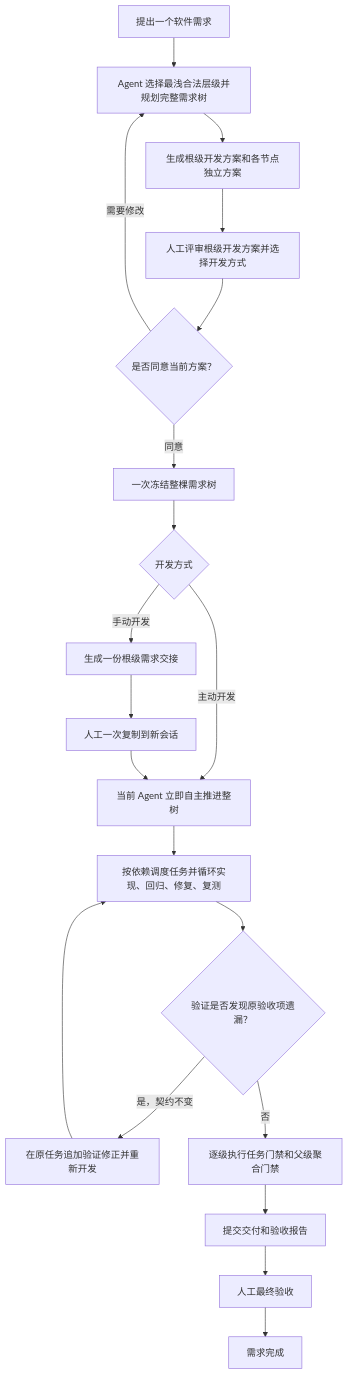
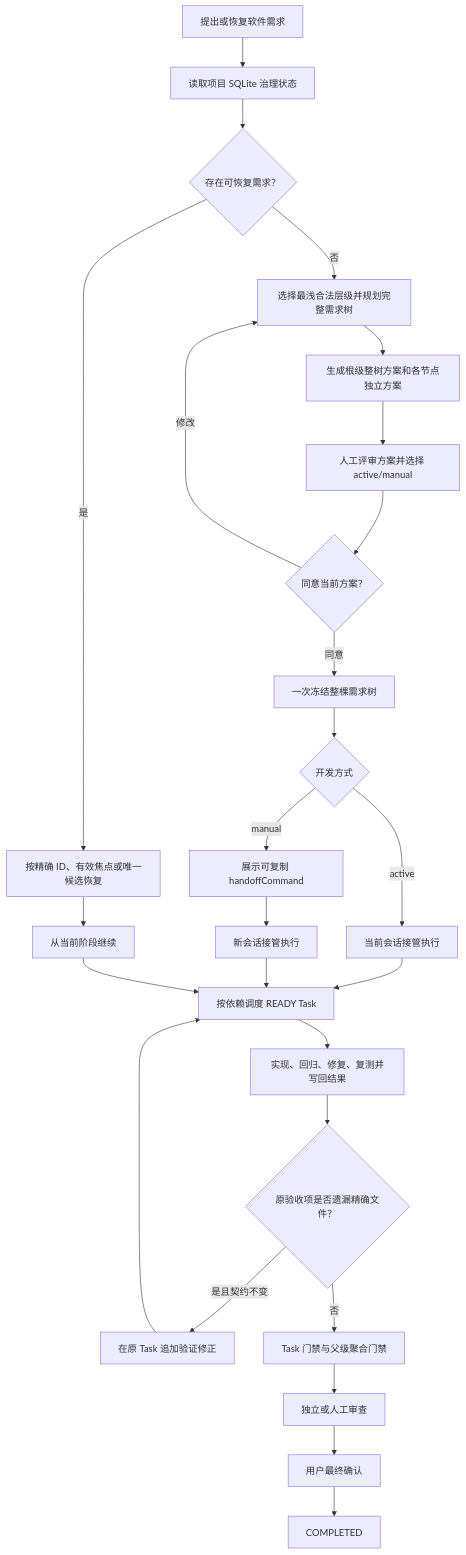
Before and after one commit to feng123321li/gated-ai-dev-loop: the diagram in README.md, drawn with Mermaid. The commit also changed other lines of this file and 10 other files, not shown here.

Commit message:
feat: add copyable manual handoff command

````diff
--- a/README.md
+++ b/README.md
@@ -19,22 +39,28 @@
 ```mermaid
 flowchart TD
-    A["提出一个软件需求"] --> B["Agent 选择最浅合法层级并规划完整需求树"]
-    B --> C["生成根级开发方案和各节点独立方案"]
-    C --> D["人工评审根级开发方案并选择开发方式"]
-    D --> E{"是否同意当前方案？"}
-    E -->|"需要修改"| B
-    E -->|"同意"| F["一次冻结整棵需求树"]
-    F --> G{"开发方式"}
-    G -->|"主动开发"| H["当前 Agent 立即自主推进整树"]
-    G -->|"手动开发"| I["生成一份根级需求交接"]
-    I --> J["人工一次复制到新会话"]
-    J --> H
-    H --> K["按依赖调度任务并循环实现、回归、修复、复测"]
-    K --> V{"验证是否发现原验收项遗漏？"}
-    V -->|"是，契约不变"| R["在原任务追加验证修正并重新开发"]
-    R --> K
-    V -->|"否"| L["逐级执行任务门禁和父级聚合门禁"]
-    L --> M["提交交付和验收报告"]
-    M --> N["人工最终验收"]
-    N --> O["需求完成"]
+    A["提出或恢复软件需求"] --> B["读取项目 SQLite 治理状态"]
+    B --> C{"存在可恢复需求？"}
+    C -->|"是"| R["按精确 ID、有效焦点或唯一候选恢复"]
+    C -->|"否"| D["选择最浅合法层级并规划完整需求树"]
+    R --> X["从当前阶段继续"]
+    D --> E["生成根级整树方案和各节点独立方案"]
+    E --> F["人工评审方案并选择 active/manual"]
+    F --> G{"同意当前方案？"}
+    G -->|"修改"| D
+    G -->|"同意"| H["一次冻结整棵需求树"]
+    H --> I{"开发方式"}
+    I -->|"active"| J["当前会话接管执行"]
+    I -->|"manual"| K["展示可复制 handoffCommand"]
+    K --> L["新会话接管执行"]
+    J --> M["按依赖调度 READY Task"]
+    L --> M
+    X --> M
+    M --> N["实现、回归、修复、复测并写回结果"]
+    N --> O{"原验收项是否遗漏精确文件？"}
+    O -->|"是且契约不变"| P["在原 Task 追加验证修正"]
+    P --> M
+    O -->|"否"| Q["Task 门禁与父级聚合门禁"]
+    Q --> S["独立或人工审查"]
+    S --> T["用户最终确认"]
+    T --> U["COMPLETED"]
 ```
````
